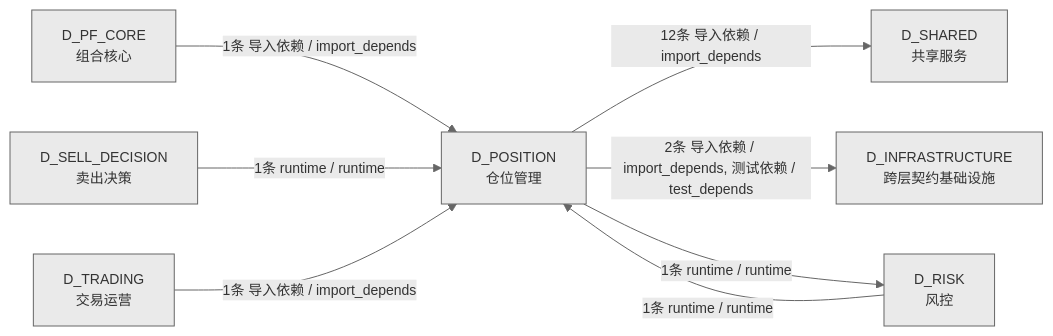
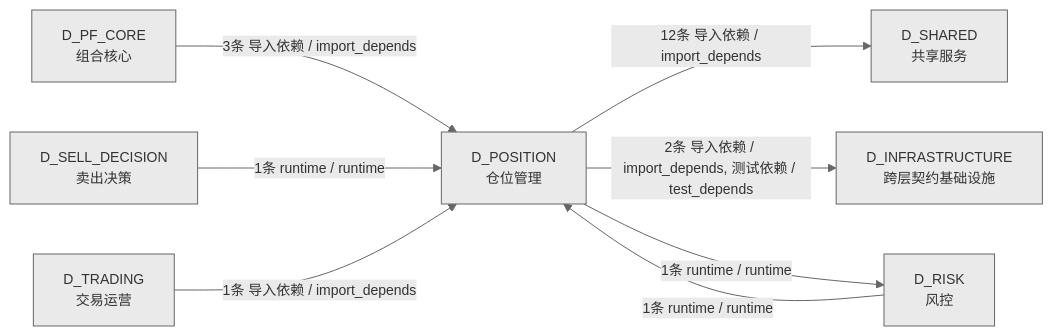
The third of 3 diagrams in docs/02_enterprise_architecture/02_domain_architecture_docs/64_d_position.md (xuanFelixVan/ZephyrAlpha), drawn with Mermaid before and after one commit. The commit also changed other lines of this file and 46 other files, not shown here.

````diff
--- a/docs/02_enterprise_architecture/02_domain_architecture_docs/64_d_position.md
+++ b/docs/02_enterprise_architecture/02_domain_architecture_docs/64_d_position.md
@@ -227,18 +231,18 @@
 ```mermaid
 %%{init: {'theme': 'base', 'themeVariables': {'primaryColor': '#eaeaea', 'primaryTextColor': '#333333', 'primaryBorderColor': '#666666', 'lineColor': '#666666', 'secondaryColor': '#eaeaea', 'tertiaryColor': '#eaeaea', 'fontSize': '14px'}}}%%
 graph LR
     D_POSITION["D_POSITION<br/>仓位管理"]
     D_SHARED["D_SHARED<br/>共享服务"]
     D_INFRASTRUCTURE["D_INFRASTRUCTURE<br/>跨层契约基础设施"]
     D_RISK["D_RISK<br/>风控"]
     D_PF_CORE["D_PF_CORE<br/>组合核心"]
     D_SELL_DECISION["D_SELL_DECISION<br/>卖出决策"]
     D_TRADING["D_TRADING<br/>交易运营"]
     D_POSITION -->|12条 导入依赖 / import_depends| D_SHARED
     D_POSITION -->|2条 导入依赖 / import_depends, 测试依赖 / test_depends| D_INFRASTRUCTURE
     D_POSITION -->|1条 runtime / runtime| D_RISK
-    D_PF_CORE -->|1条 导入依赖 / import_depends| D_POSITION
+    D_PF_CORE -->|3条 导入依赖 / import_depends| D_POSITION
     D_RISK -->|1条 runtime / runtime| D_POSITION
     D_SELL_DECISION -->|1条 runtime / runtime| D_POSITION
     D_TRADING -->|1条 导入依赖 / import_depends| D_POSITION
 ```
````
